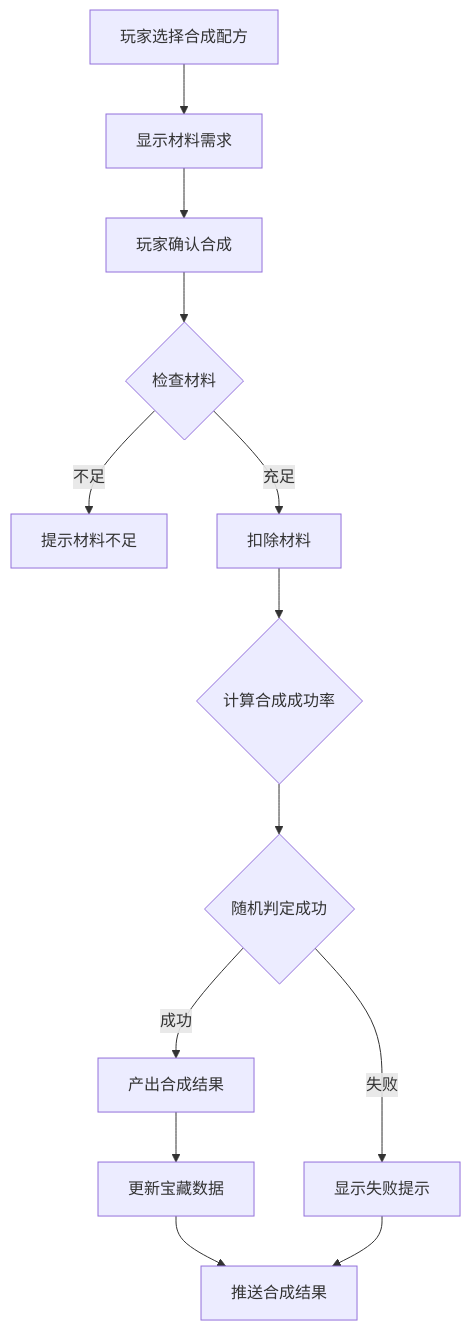
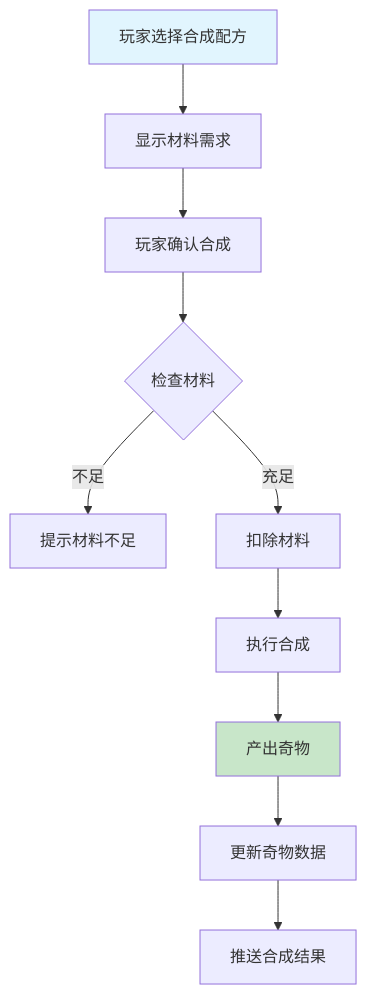
Before and after one commit to Alan-Ben/k2c_game_framework: the third of 6 diagrams in docs/Module_TreasureHunt/05_完整说明.md, drawn with Mermaid. The commit also changed other lines of this file and 5 other files, not shown here.

````diff
--- a/docs/Module_TreasureHunt/05_完整说明.md
+++ b/docs/Module_TreasureHunt/05_完整说明.md
@@ -104,15 +138,15 @@
 ```mermaid
 flowchart TD
     A[玩家选择合成配方] --> B[显示材料需求]
     B --> C[玩家确认合成]
     C --> D{检查材料}
     D -->|不足| E[提示材料不足]
     D -->|充足| F[扣除材料]
-    F --> G{计算合成成功率}
-    G --> H{随机判定成功}
-    H -->|成功| I[产出合成结果]
-    H -->|失败| J[显示失败提示]
-    I --> K[更新宝藏数据]
-    K --> L[推送合成结果]
-    J --> L
+    F --> G[执行合成]
+    G --> H[产出奇物]
+    H --> I[更新奇物数据]
+    I --> J[推送合成结果]
+
+    style A fill:#e1f5fe
+    style H fill:#c8e6c9
 ```
````
